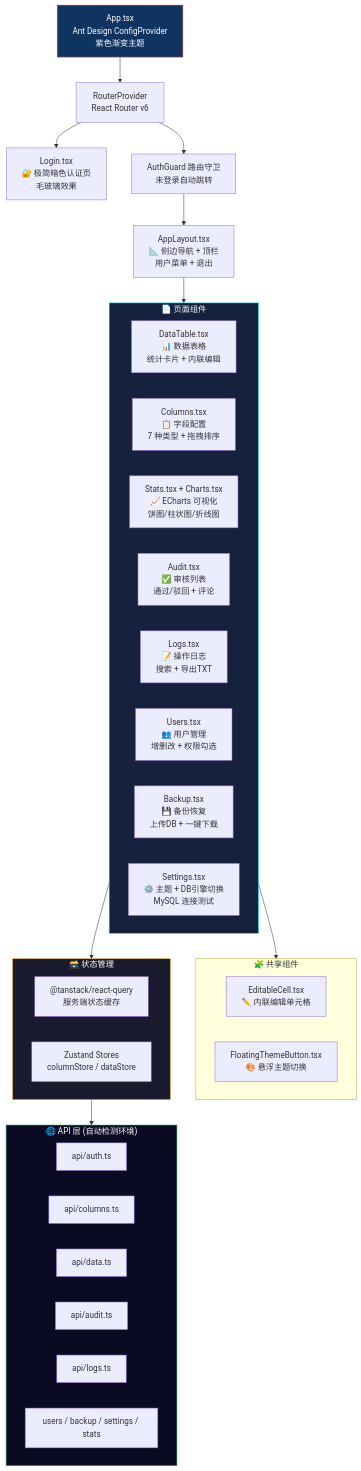
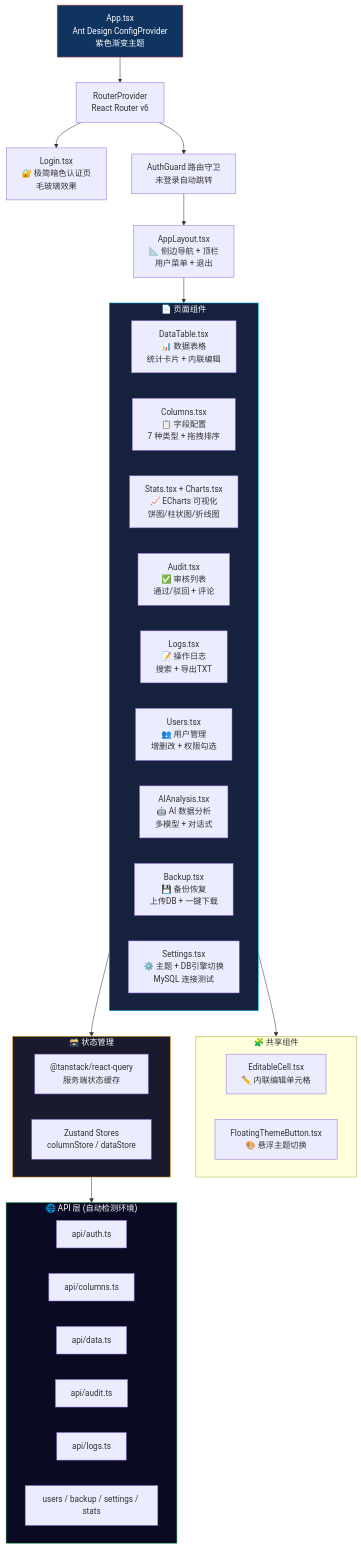
The third of 8 diagrams in README.md (jincheng3870682453-hash/shujuku), drawn with Mermaid before and after one commit. The commit also changed other lines of this file and 1 other file, not shown here.

````diff
--- a/README.md
+++ b/README.md
@@ -219,56 +223,57 @@
 ```mermaid
 graph TB
     App["App.tsx<br/>Ant Design ConfigProvider<br/>紫色渐变主题"]
 
     Router["RouterProvider<br/>React Router v6"]
 
     LoginPage["Login.tsx<br/>🔐 极简暗色认证页<br/>毛玻璃效果"]
 
     AuthGuard["AuthGuard 路由守卫<br/>未登录自动跳转"]
 
     AppLayout["AppLayout.tsx<br/>📐 侧边导航 + 顶栏<br/>用户菜单 + 退出"]
 
     subgraph Pages["📄 页面组件"]
         DataTable["DataTable.tsx<br/>📊 数据表格<br/>统计卡片 + 内联编辑"]
         Columns["Columns.tsx<br/>📋 字段配置<br/>7 种类型 + 拖拽排序"]
         Stats["Stats.tsx + Charts.tsx<br/>📈 ECharts 可视化<br/>饼图/柱状图/折线图"]
         AuditPage["Audit.tsx<br/>✅ 审核列表<br/>通过/驳回 + 评论"]
         LogsPage["Logs.tsx<br/>📝 操作日志<br/>搜索 + 导出TXT"]
         UsersPage["Users.tsx<br/>👥 用户管理<br/>增删改 + 权限勾选"]
+        AIAnalysis["AIAnalysis.tsx<br/>🤖 AI 数据分析<br/>多模型 + 对话式"]
         BackupPage["Backup.tsx<br/>💾 备份恢复<br/>上传DB + 一键下载"]
         SettingsPage["Settings.tsx<br/>⚙️ 主题 + DB引擎切换<br/>MySQL 连接测试"]
     end
 
     subgraph Shared["🧩 共享组件"]
         EditableCell["EditableCell.tsx<br/>✏️ 内联编辑单元格"]
         FloatingBtn["FloatingThemeButton.tsx<br/>🎨 悬浮主题切换"]
     end
 
     subgraph State["🗃️ 状态管理"]
         ReactQuery["@tanstack/react-query<br/>服务端状态缓存"]
         Zustand["Zustand Stores<br/>columnStore / dataStore"]
     end
 
     subgraph APILayer["🌐 API 层 (自动检测环境)"]
         AuthAPI["api/auth.ts"]
         ColumnsAPI["api/columns.ts"]
         DataAPI["api/data.ts"]
         AuditAPI["api/audit.ts"]
         LogsAPI["api/logs.ts"]
         OtherAPI["users / backup / settings / stats"]
     end
 
     App --> Router
     Router --> LoginPage
     Router --> AuthGuard
     AuthGuard --> AppLayout
     AppLayout --> Pages
     Pages --> Shared
     Pages --> State
     State --> APILayer
 
     style App fill:#0f3460,stroke:#e94560,color:#fff
     style Pages fill:#16213e,stroke:#00d2ff,color:#fff
     style State fill:#1a1a2e,stroke:#f39c12,color:#fff
     style APILayer fill:#0a0a23,stroke:#27ae60,color:#fff
 ```
````
